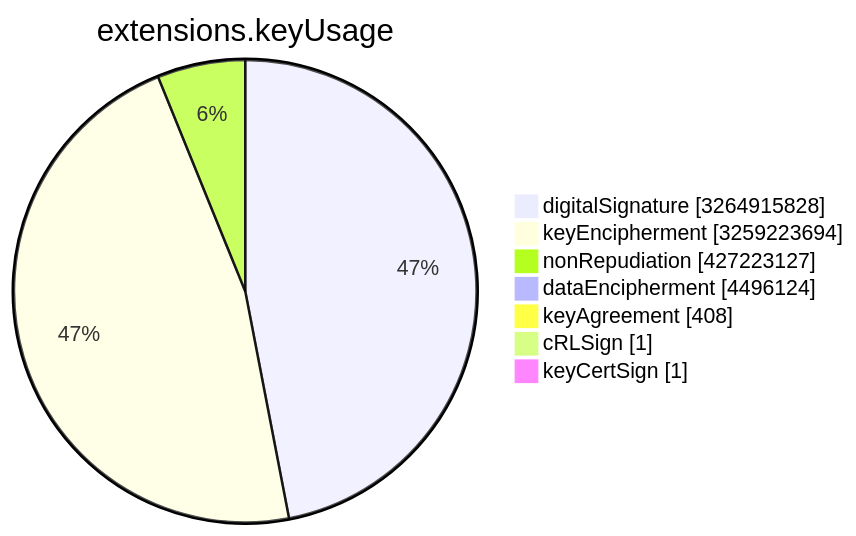
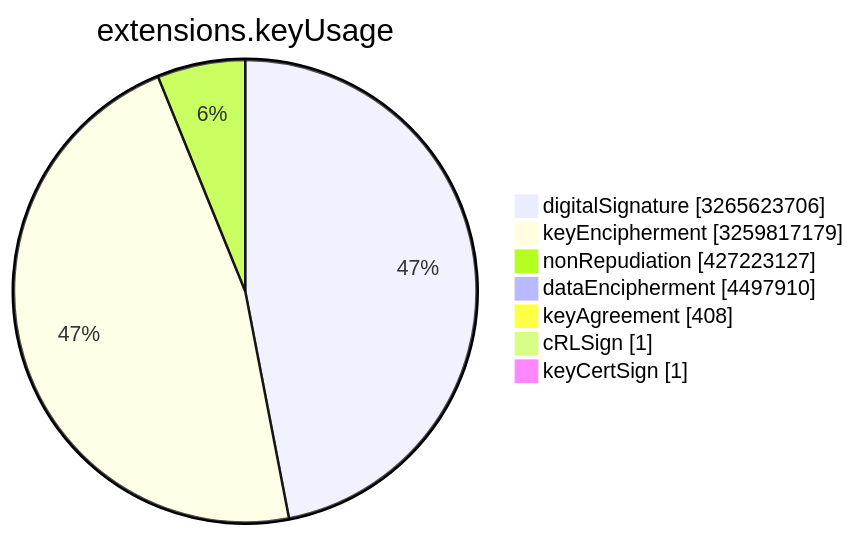
One commit to christiankrug/ctmonitor_visualization changed the sixth of 15 diagrams in TOTAL/README.md. Above: the diagram before and after it, drawn with Mermaid. The commit also changed other lines of this file, not shown here.

````diff
--- a/TOTAL/README.md
+++ b/TOTAL/README.md
@@ -3078,11 +3078,11 @@
 ```mermaid
 pie showData
 title extensions.keyUsage
-"digitalSignature" :3264915828
-"keyEncipherment" :3259223694
+"digitalSignature" :3265623706
+"keyEncipherment" :3259817179
 "nonRepudiation" :427223127
-"dataEncipherment" :4496124
+"dataEncipherment" :4497910
 "keyAgreement" :408
 "cRLSign" :1
 "keyCertSign" :1
 ```
````
